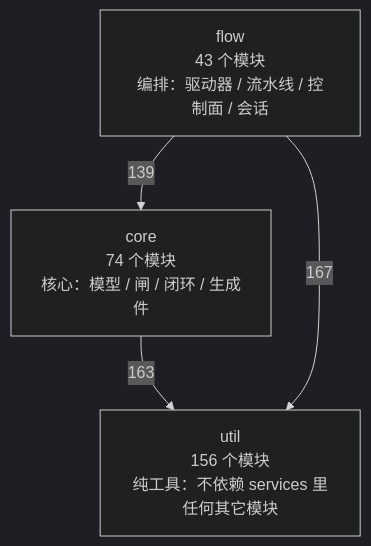
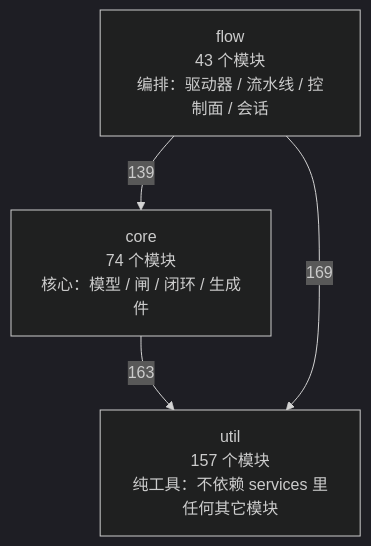
One commit to 2686521696/WhyBuddy changed the first of 4 diagrams in docs/SlideRule V6.2 架构图（自动生成）.md. Above: the diagram before and after it, drawn with Mermaid (dark theme). The commit also changed other lines of this file and 12 other files, not shown here.

````diff
--- a/docs/SlideRule V6.2 架构图（自动生成）.md
+++ b/docs/SlideRule V6.2 架构图（自动生成）.md
@@ -50,9 +50,9 @@
 ```mermaid
 flowchart TB
-  util["util<br/>156 个模块<br/>纯工具：不依赖 services 里任何其它模块"]
+  util["util<br/>157 个模块<br/>纯工具：不依赖 services 里任何其它模块"]
   core["core<br/>74 个模块<br/>核心：模型 / 闸 / 闭环 / 生成件"]
   flow["flow<br/>43 个模块<br/>编排：驱动器 / 流水线 / 控制面 / 会话"]
   core -->|163| util
   flow -->|139| core
-  flow -->|167| util
+  flow -->|169| util
 ```
````
